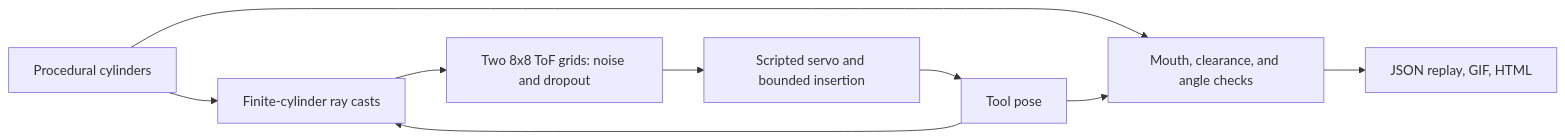
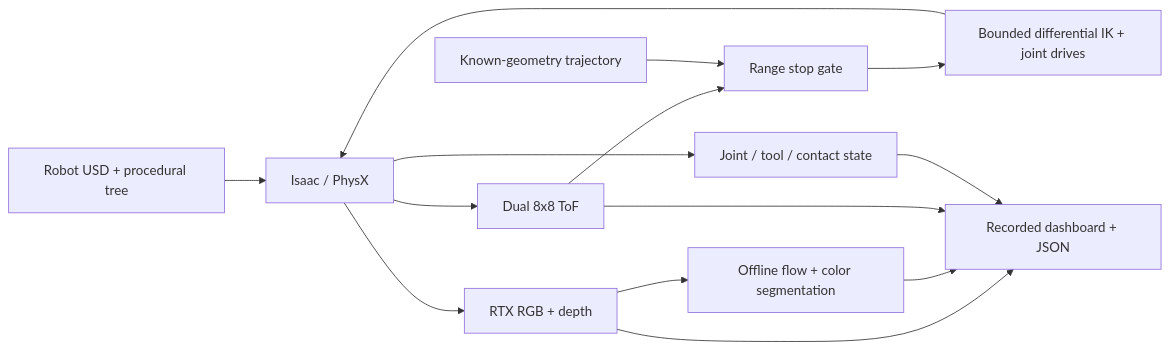
Before and after one commit to joses2017smjh/isaac-sim-pruning-workflow: the diagram in README.md, drawn with Mermaid. The commit also changed other lines of this file and 41 other files, not shown here.

````diff
--- a/README.md
+++ b/README.md
@@ -36,11 +43,16 @@
 ```mermaid
 flowchart LR
-    G[Procedural cylinders] --> R[Finite-cylinder ray casts]
-    R --> S[Two 8x8 ToF grids: noise and dropout]
-    S --> C[Scripted servo and bounded insertion]
-    C --> P[Tool pose]
-    P --> R
-    G --> V[Mouth, clearance, and angle checks]
-    P --> V
-    V --> E[JSON replay, GIF, HTML]
+    G[Robot USD + procedural tree] --> P[Isaac / PhysX]
+    P --> T[Dual 8x8 ToF]
+    T --> S[Range stop gate]
+    K[Known-geometry trajectory] --> S
+    S --> I[Bounded differential IK + joint drives]
+    I --> P
+    P --> R[RTX RGB + depth]
+    P --> J[Joint / tool / contact state]
+    R --> C[Offline flow + color segmentation]
+    R --> D[Recorded dashboard + JSON]
+    C --> D
+    T --> D
+    J --> D
 ```
````
